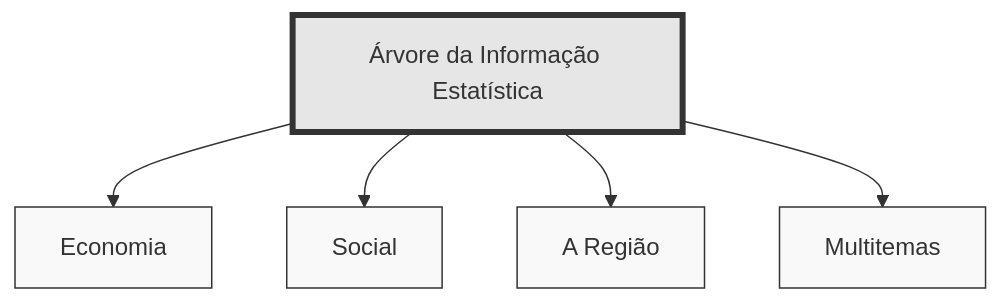
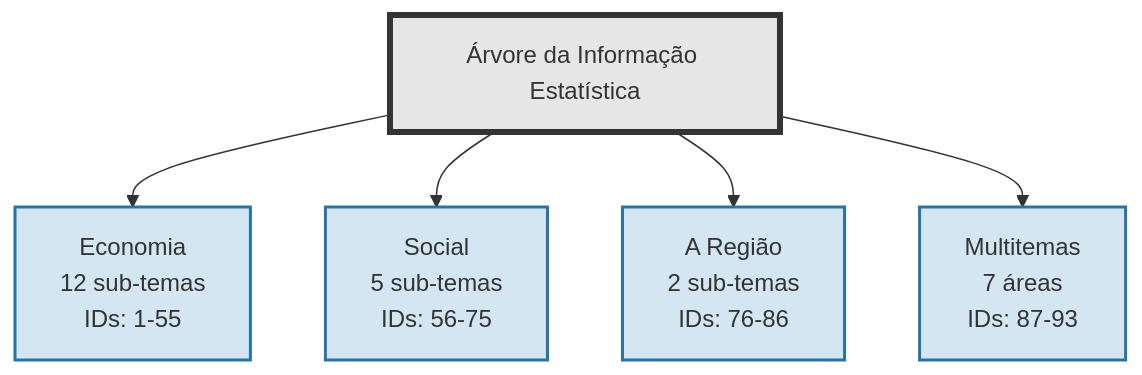
The diagram in docs/tree_diagram_principal.md (joaomendes-ine/drem_dw_db), drawn with Mermaid before and after one commit.

Commit message:
Correção do código Link 2

````diff
--- a/docs/tree_diagram_principal.md
+++ b/docs/tree_diagram_principal.md
@@ -1,18 +1,21 @@
 ```mermaid
 graph TD
-    Root[Árvore da Informação Estatística] --> E[Economia]
-    Root --> S[Social]
-    Root --> R[A Região]
-    Root --> M[Multitemas]
-    
-    %% Links
-    click E href "tree_diagram_economia.md" "Ver detalhes Economia"
-    click S href "tree_diagram_social.md" "Ver detalhes Social"
-    click R href "tree_diagram_regiao.md" "Ver detalhes Região"
-    click M href "tree_diagram_multitemas.md" "Ver detalhes Multitemas"
+    Root[Árvore da Informação Estatística] --> E[Economia<br>12 sub-temas<br>IDs: 1-55]
+    Root --> S[Social<br>5 sub-temas<br>IDs: 56-75]
+    Root --> R[A Região<br>2 sub-temas<br>IDs: 76-86]
+    Root --> M[Multitemas<br>7 áreas<br>IDs: 87-93]
 
     %% Styling
     classDef default fill:#f9f9f9,stroke:#333,stroke-width:1px
     classDef root fill:#e6e6e6,stroke:#333,stroke-width:4px
+    classDef tema fill:#d4e6f1,stroke:#2874a6,stroke-width:2px
+    
     class Root root
+    class E,S,R,M tema
+
+    %% Links
+    click E "./tree_diagram_economia.html" "Ver Economia"
+    click S "./tree_diagram_social.html" "Ver Social"
+    click R "./tree_diagram_regiao.html" "Ver Região"
+    click M "./tree_diagram_multitemas.html" "Ver Multitemas"
 ```
````
